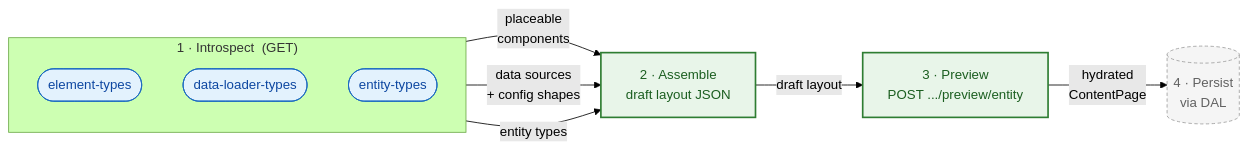
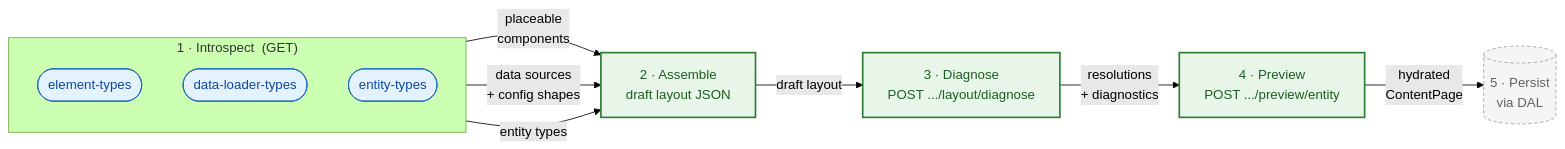
One commit to shopware/shopware changed the diagram in src/Core/Framework/ContentSystem/ADMINISTRATION.md. Above: the diagram before and after it, drawn with Mermaid (forest theme). The commit also changed other lines of this file and 83 other files, not shown here.

````diff
--- a/src/Core/Framework/ContentSystem/ADMINISTRATION.md
+++ b/src/Core/Framework/ContentSystem/ADMINISTRATION.md
@@ -9,26 +9,28 @@
 ```mermaid
 graph LR
     subgraph INTRO["1 · Introspect &nbsp;(GET)"]
         direction TB
         E1(["element-types"])
         E2(["data-loader-types"])
         E3(["entity-types"])
     end
 
     A["2 · Assemble<br/>draft layout JSON"]
-    P["3 · Preview<br/>POST .../preview/entity"]
-    R[("4 · Persist<br/>via DAL")]
+    D["3 · Diagnose<br/>POST .../layout/diagnose"]
+    P["4 · Preview<br/>POST .../preview/entity"]
+    R[("5 · Persist<br/>via DAL")]
 
     E1 -- "placeable<br/>components" --> A
     E2 -- "data sources<br/>+ config shapes" --> A
     E3 -- "entity types" --> A
-    A -- "draft layout" --> P
+    A -- "draft layout" --> D
+    D -- "resolutions<br/>+ diagnostics" --> P
     P -- "hydrated<br/>ContentPage" --> R
 
     classDef api fill:#e3f2fd,stroke:#1565c0,stroke-width:1px,color:#0d47a1
     classDef step fill:#e8f5e9,stroke:#2e7d32,stroke-width:2px,color:#1b5e20
     classDef oos fill:#f5f5f5,stroke:#9e9e9e,stroke-width:1px,stroke-dasharray:4 3,color:#616161
     class E1,E2,E3 api
-    class A,P step
+    class A,D,P step
     class R oos
 ```
````
